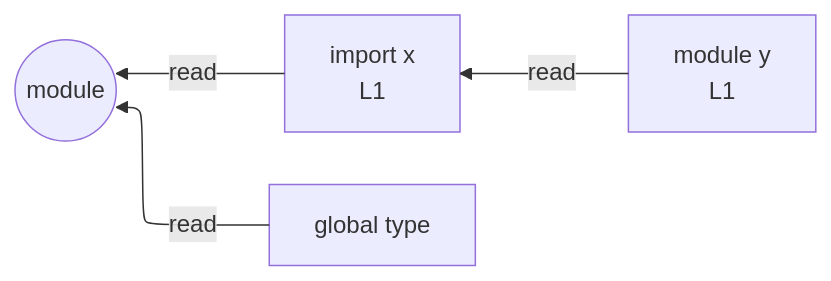
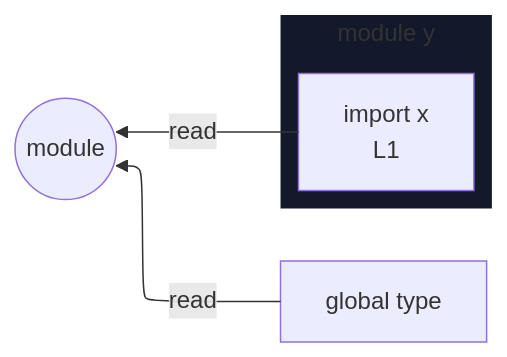
Before and after one commit to crescware/unsnarl: the diagram in integration/fixtures/app-behavior/ast-type-coverage/import-attribute/preview.md, drawn with Mermaid. The commit also changed 153 other files, not shown here.

First line of the commit message:
Render import sources as module subgraphs instead of module nodes

````diff
--- a/integration/fixtures/app-behavior/ast-type-coverage/import-attribute/preview.md
+++ b/integration/fixtures/app-behavior/ast-type-coverage/import-attribute/preview.md
@@ -13,11 +13,14 @@
 ```mermaid
 %%{init: {"flowchart": {"defaultRenderer": "elk"}}}%%
 flowchart RL
-  n_scope_0_x_7["import x<br/>L1"]
   n_scope_0_type_25["global type"]
+  subgraph sg_y["module y"]
+    direction RL
+    n_scope_0_x_7["import x<br/>L1"]
+  end
   n_scope_0_type_25 -->|read| module_root
   n_scope_0_x_7 -->|read| module_root
   module_root((module))
-  mod_y["module y<br/>L1"]
-  mod_y -->|read| n_scope_0_x_7
+  classDef nestL1 fill:#11192a,stroke:transparent;
+  class sg_y nestL1;
 ```
````
